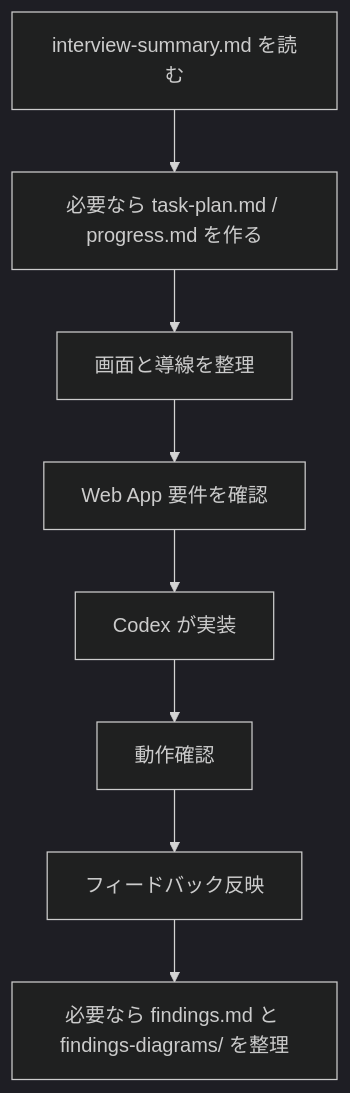
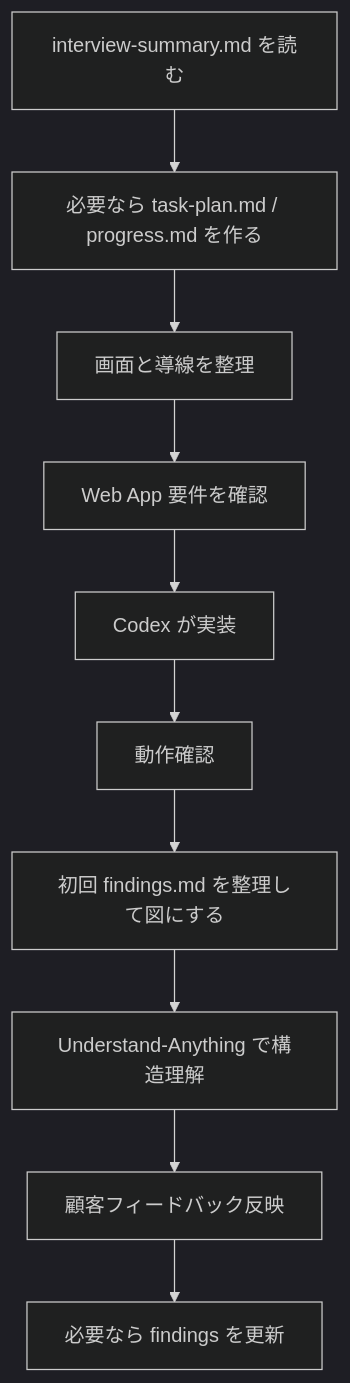
The second of 4 diagrams in README.md (ryota-nakazawa/ultra_sprint_harness), drawn with Mermaid (dark theme) before and after one commit. The commit also changed other lines of this file and 7 other files, not shown here.

Commit message:
Refine harness flow guidance

````diff
--- a/README.md
+++ b/README.md
@@ -101,10 +111,12 @@
 ```mermaid
 flowchart TD
     A["interview-summary.md を読む"] --> B["必要なら task-plan.md / progress.md を作る"]
     B --> C["画面と導線を整理"]
     C --> D["Web App 要件を確認"]
     D --> E["Codex が実装"]
     E --> F["動作確認"]
-    F --> G["フィードバック反映"]
-    G --> H["必要なら findings.md と findings-diagrams/ を整理"]
+    F --> G["初回 findings.md を整理して図にする"]
+    G --> H["Understand-Anything で構造理解"]
+    H --> I["顧客フィードバック反映"]
+    I --> J["必要なら findings を更新"]
 ```
````
